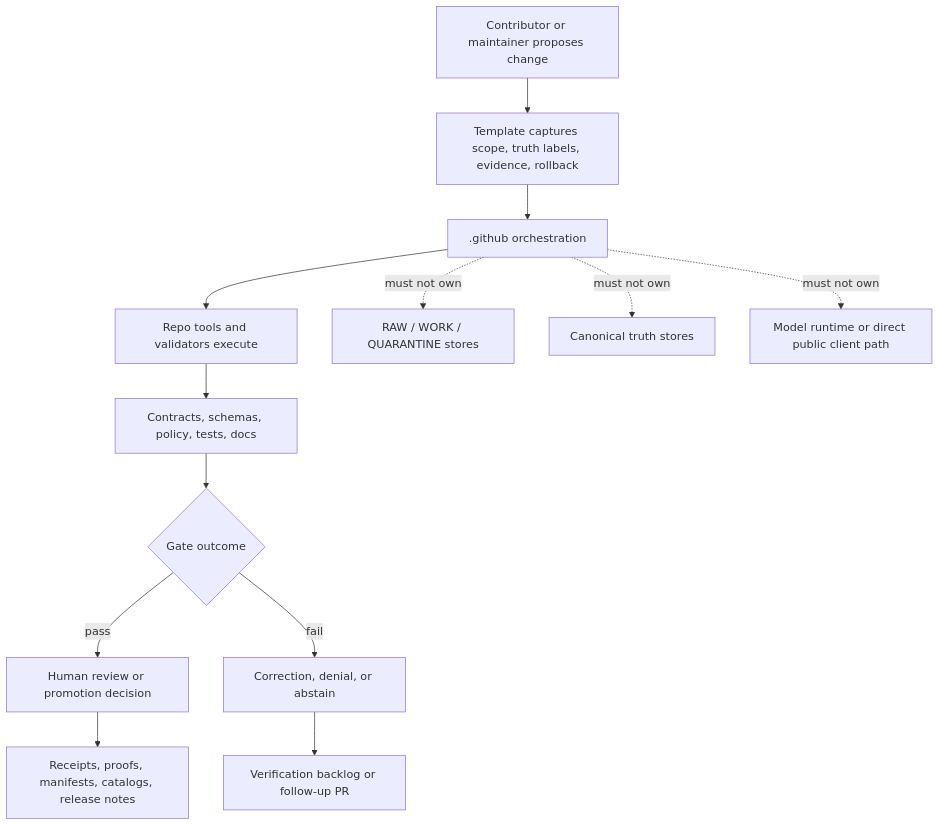
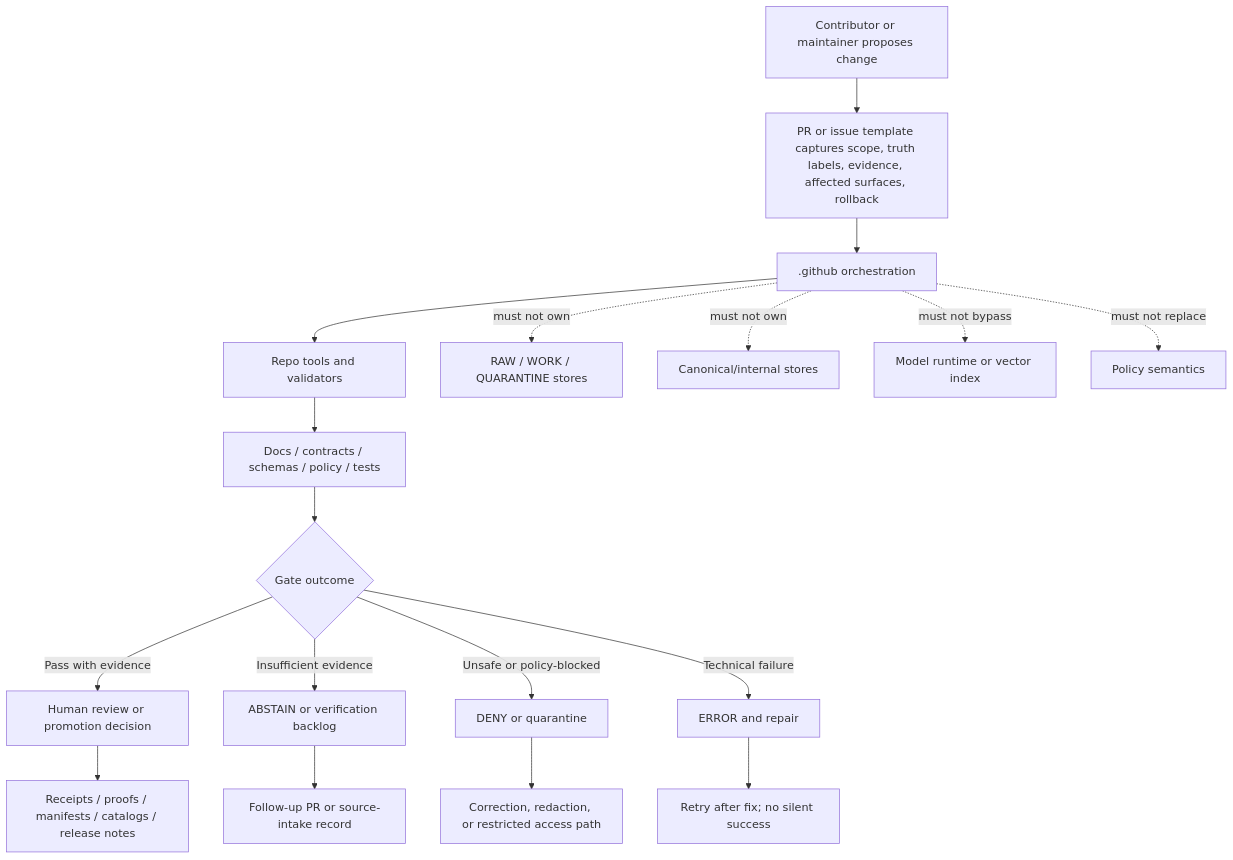
Before and after one commit to bartytime4life/Kansas-Frontier-Matrix: the diagram in .github/README.md, drawn with Mermaid. The commit also changed other lines of this file, not shown here.

````diff
--- a/.github/README.md
+++ b/.github/README.md
@@ -209,18 +217,23 @@
 ```mermaid
 flowchart TD
-    A[Contributor or maintainer proposes change] --> B[Template captures scope, truth labels, evidence, rollback]
+    A[Contributor or maintainer proposes change] --> B[PR or issue template captures scope, truth labels, evidence, affected surfaces, rollback]
     B --> C[.github orchestration]
-    C --> D[Repo tools and validators execute]
-    D --> E[Contracts, schemas, policy, tests, docs]
+    C --> D[Repo tools and validators]
+    D --> E[Docs / contracts / schemas / policy / tests]
     E --> F{Gate outcome}
 
-    F -->|pass| G[Human review or promotion decision]
-    F -->|fail| H[Correction, denial, or abstain]
+    F -->|Pass with evidence| G[Human review or promotion decision]
+    F -->|Insufficient evidence| H[ABSTAIN or verification backlog]
+    F -->|Unsafe or policy-blocked| I[DENY or quarantine]
+    F -->|Technical failure| J[ERROR and repair]
 
-    G --> I[Receipts, proofs, manifests, catalogs, release notes]
-    H --> J[Verification backlog or follow-up PR]
+    G --> K[Receipts / proofs / manifests / catalogs / release notes]
+    H --> L[Follow-up PR or source-intake record]
+    I --> M[Correction, redaction, or restricted access path]
+    J --> N[Retry after fix; no silent success]
 
-    C -. must not own .-> K[RAW / WORK / QUARANTINE stores]
-    C -. must not own .-> L[Canonical truth stores]
-    C -. must not own .-> M[Model runtime or direct public client path]
+    C -. must not own .-> RAW[RAW / WORK / QUARANTINE stores]
+    C -. must not own .-> CANON[Canonical/internal stores]
+    C -. must not bypass .-> MODEL[Model runtime or vector index]
+    C -. must not replace .-> POLICY[Policy semantics]
 ```
````
